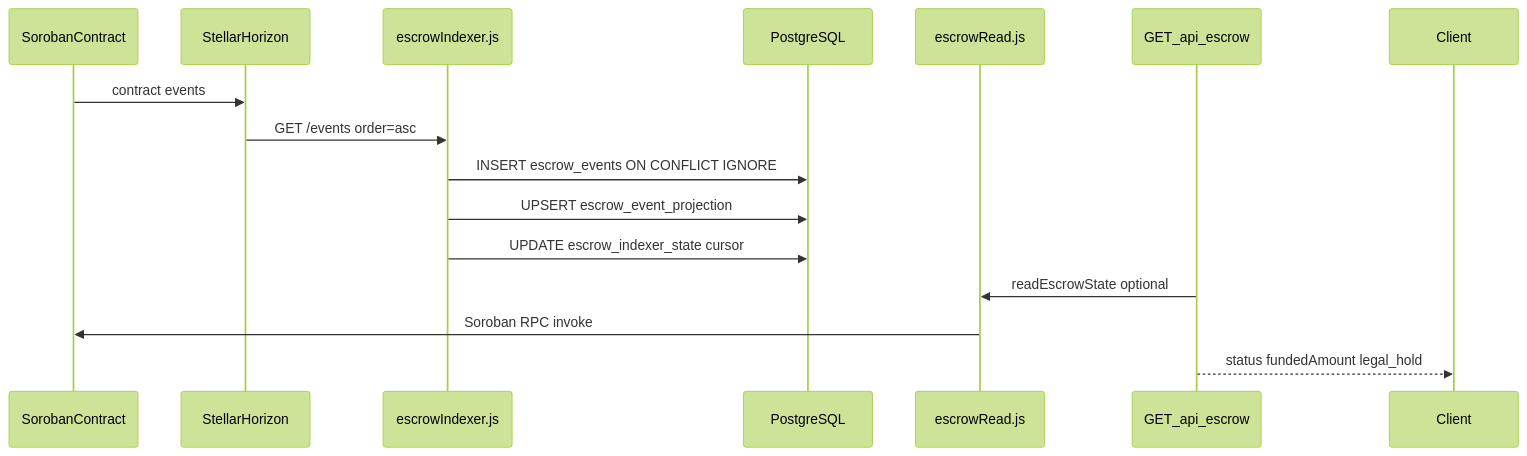
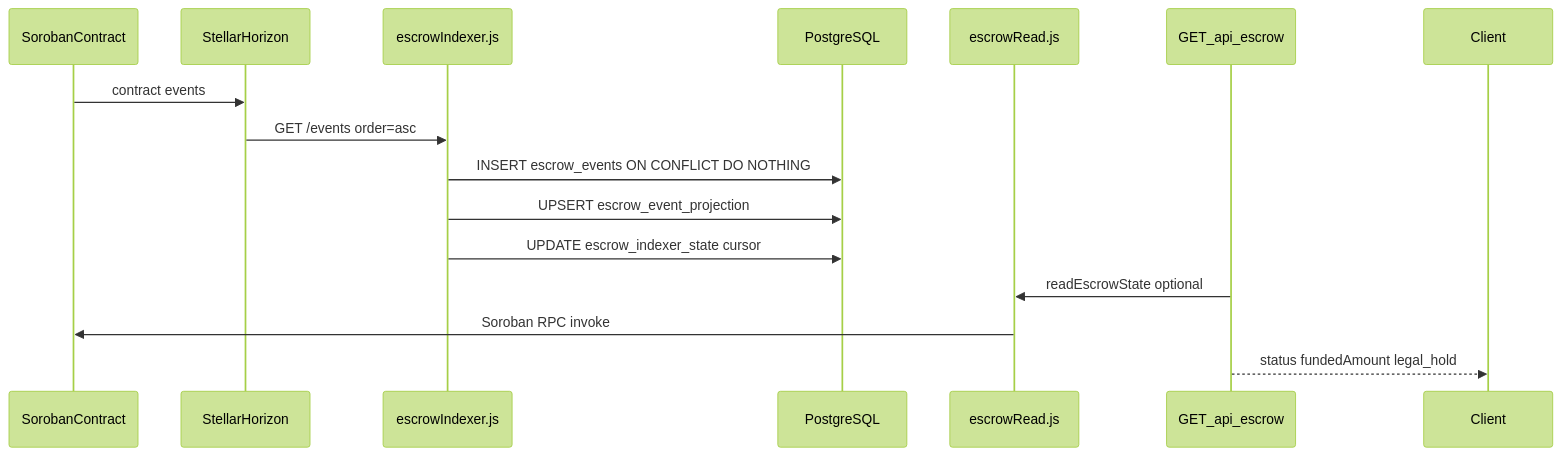
The first of 2 diagrams in docs/escrow-integration-overview.md (Liquifact/Liquifact-backend), drawn with Mermaid (forest theme) before and after one commit.

Commit message:
Potential fix for pull request finding

````diff
--- a/docs/escrow-integration-overview.md
+++ b/docs/escrow-integration-overview.md
@@ -70,18 +70,18 @@
 ```mermaid
 sequenceDiagram
   participant Contract as SorobanContract
   participant Horizon as StellarHorizon
   participant Indexer as escrowIndexer.js
   participant DB as PostgreSQL
   participant ReadSvc as escrowRead.js
   participant API as GET_api_escrow
 
   Contract->>Horizon: contract events
   Horizon->>Indexer: GET /events order=asc
-  Indexer->>DB: INSERT escrow_events ON CONFLICT IGNORE
+  Indexer->>DB: INSERT escrow_events ON CONFLICT DO NOTHING
   Indexer->>DB: UPSERT escrow_event_projection
   Indexer->>DB: UPDATE escrow_indexer_state cursor
   API->>ReadSvc: readEscrowState optional
   ReadSvc->>Contract: Soroban RPC invoke
   API-->>Client: status fundedAmount legal_hold
 ```
````
